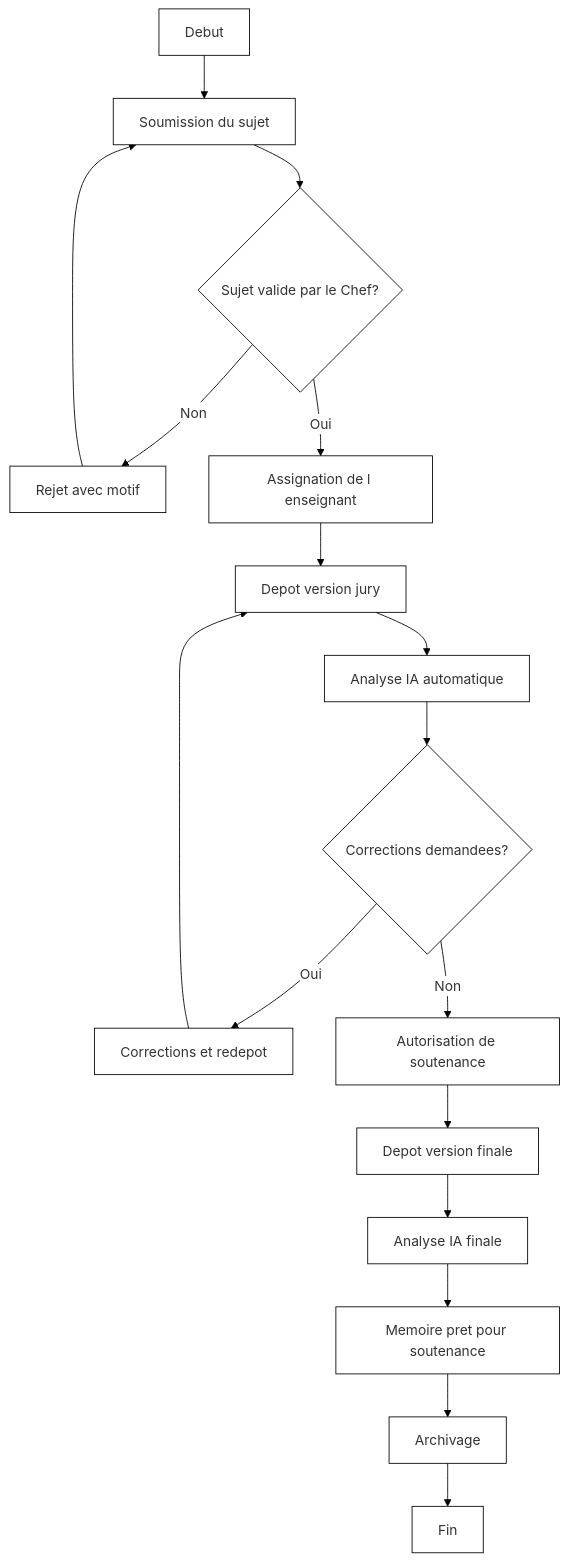
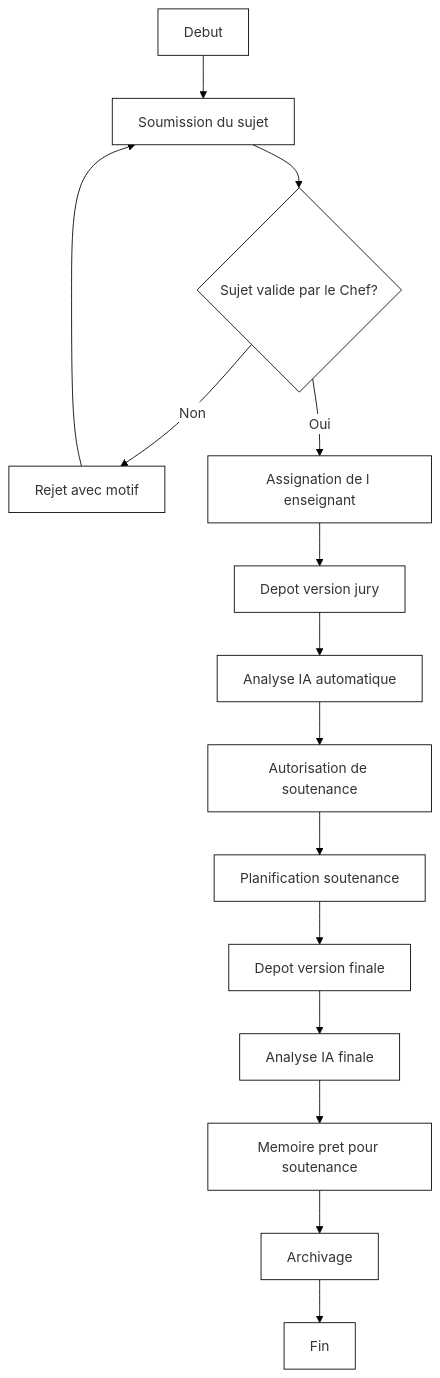
Diagram 12 of 13 in DIAGRAMMES-PAR-CHAPITRE-NB.md (DavidMwangaza/TFC-Manager), drawn with Mermaid before and after one commit. The commit also changed other lines of this file and 34 other files, not shown here.

````diff
--- a/DIAGRAMMES-PAR-CHAPITRE-NB.md
+++ b/DIAGRAMMES-PAR-CHAPITRE-NB.md
@@ -377,20 +389,18 @@
 ```mermaid
 %%{init: {'theme':'base','themeVariables': {'background':'#ffffff','primaryColor':'#ffffff','primaryBorderColor':'#000000','lineColor':'#000000','textColor':'#000000'}}}%%
 graph TD
     A[Debut] --> B[Soumission du sujet]
     B --> C{Sujet valide par le Chef?}
     C -->|Non| D[Rejet avec motif]
     D --> B
     C -->|Oui| E[Assignation de l enseignant]
     E --> F[Depot version jury]
     F --> G[Analyse IA automatique]
-    G --> H{Corrections demandees?}
-    H -->|Oui| I[Corrections et redepot]
-    I --> F
-    H -->|Non| J[Autorisation de soutenance]
-    J --> K[Depot version finale]
-    K --> L[Analyse IA finale]
-    L --> M[Memoire pret pour soutenance]
-    M --> N[Archivage]
-    N --> O[Fin]
+    G --> H[Autorisation de soutenance]
+    H --> I[Planification soutenance]
+    I --> J[Depot version finale]
+    J --> K[Analyse IA finale]
+    K --> L[Memoire pret pour soutenance]
+    L --> M[Archivage]
+    M --> N[Fin]
 ```
````
